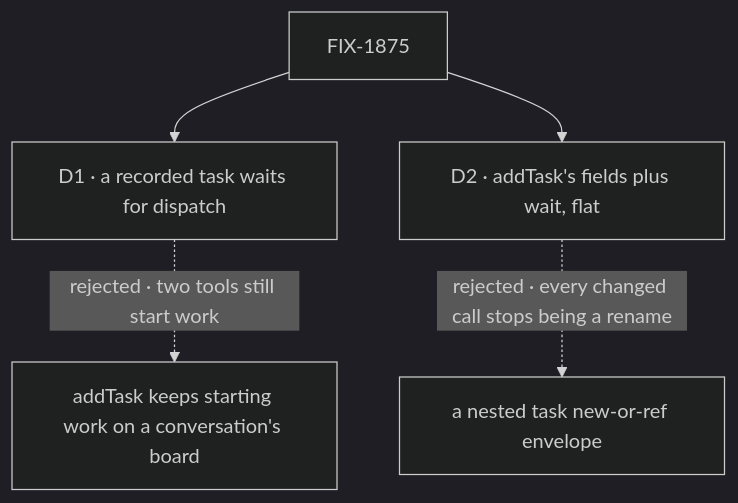
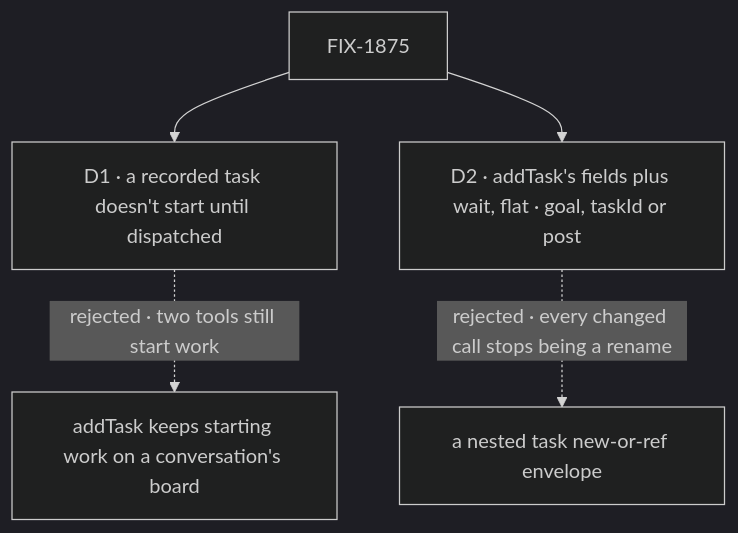
The diagram in specs/issues/FIX-1875/DECISIONS.md (fixpoint-labs/flow-state-dev), drawn with Mermaid (dark theme) before and after one commit. The commit also changed other lines of this file and 8 other files, not shown here.

````diff
--- a/specs/issues/FIX-1875/DECISIONS.md
+++ b/specs/issues/FIX-1875/DECISIONS.md
@@ -12,7 +12,7 @@
 ```mermaid
 flowchart TD
-  I["FIX-1875"] --> D1["D1 · a recorded task waits for dispatch"]
+  I["FIX-1875"] --> D1["D1 · a recorded task doesn't start until dispatched"]
   D1 -.->|"rejected · two tools still start work"| X1["addTask keeps starting work on a conversation's board"]
-  I --> D2["D2 · addTask's fields plus wait, flat"]
+  I --> D2["D2 · addTask's fields plus wait, flat · goal, taskId or post"]
   D2 -.->|"rejected · every changed call stops being a rename"| X2["a nested task new-or-ref envelope"]
 ```
````
